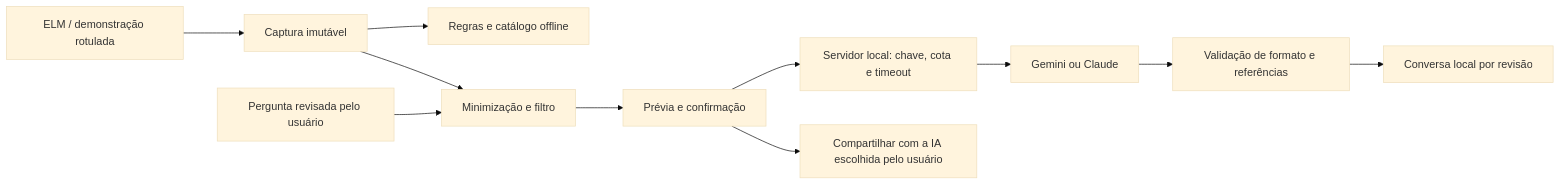
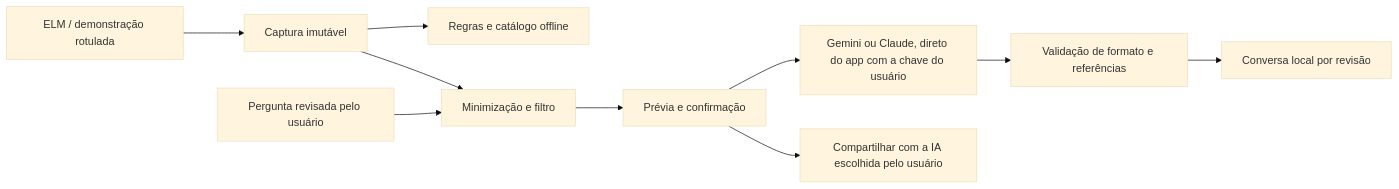
Before and after one commit to YagoBorba/BorbaCarLabs: the diagram in docs/academic/TRABALHO-ACADEMICO.md, drawn with Mermaid (base theme). The commit also changed other lines of this file and 12 other files, not shown here.

````diff
--- a/docs/academic/TRABALHO-ACADEMICO.md
+++ b/docs/academic/TRABALHO-ACADEMICO.md
@@ -13,13 +13,12 @@
 ```mermaid
 flowchart LR
   O[ELM / demonstração rotulada] --> C[Captura imutável]
   C --> R[Regras e catálogo offline]
   C --> M[Minimização e filtro]
   Q[Pergunta revisada pelo usuário] --> M
   M --> P[Prévia e confirmação]
-  P --> S[Servidor local: chave, cota e timeout]
-  S --> L[Gemini ou Claude]
+  P --> L[Gemini ou Claude, direto do app com a chave do usuário]
   L --> V[Validação de formato e referências]
   V --> A[Conversa local por revisão]
   P --> X[Compartilhar com a IA escolhida pelo usuário]
 ```
````
